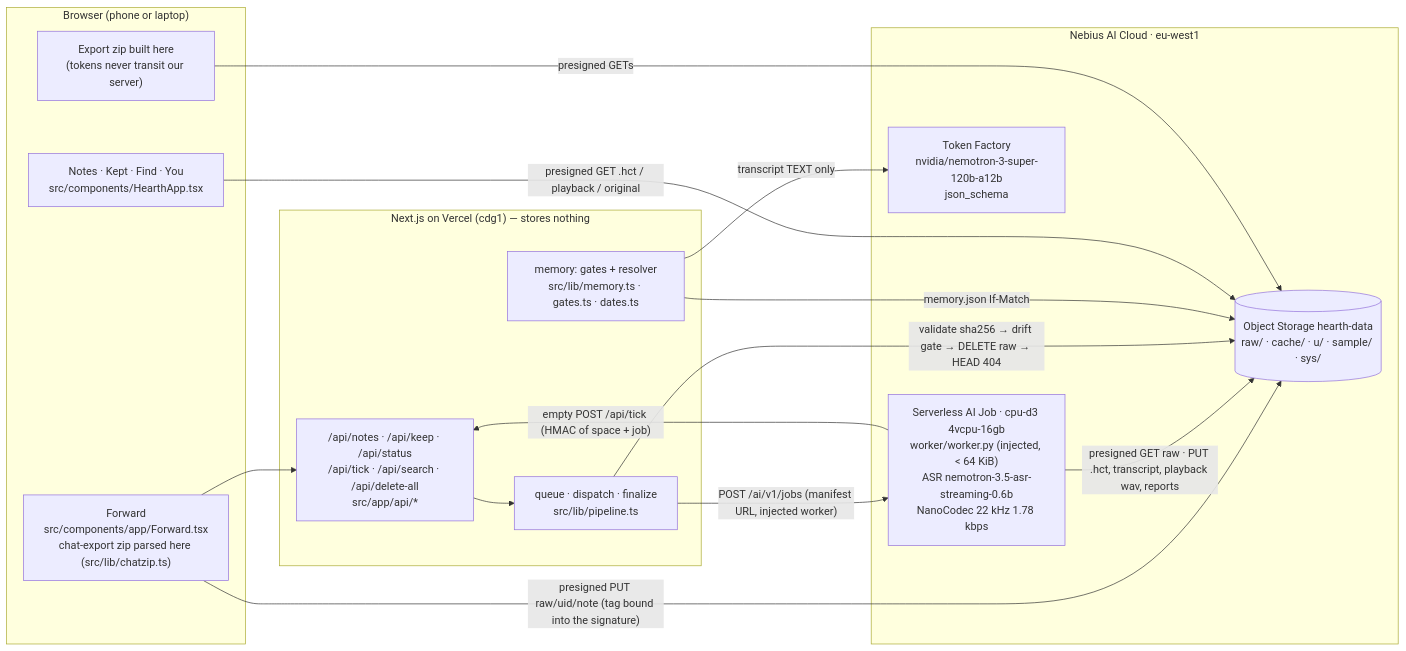
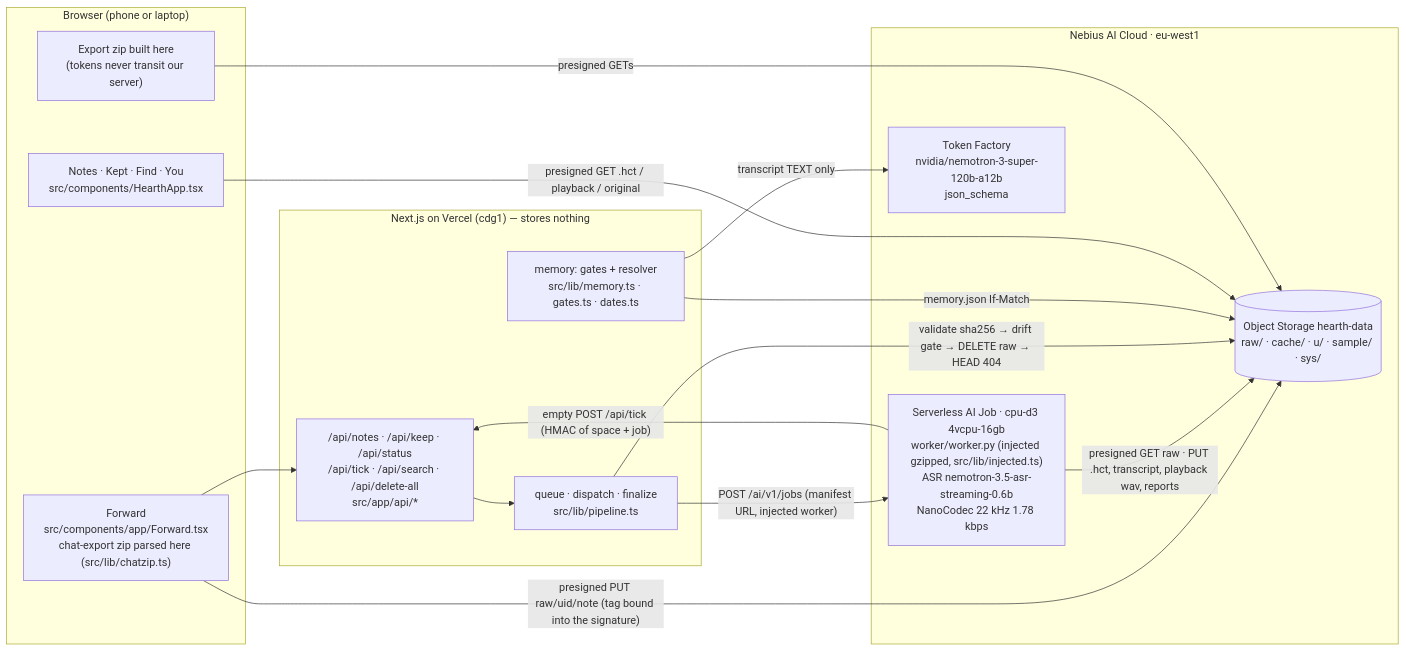
Before and after one commit to edycutjong/hearth: the first of 2 diagrams in ARCHITECTURE.md, drawn with Mermaid. The commit also changed other lines of this file, not shown here.

Commit message:
docs(architecture): the injected set, the prefetch, slot counting and the tick, as the code now does them

````diff
--- a/ARCHITECTURE.md
+++ b/ARCHITECTURE.md
@@ -9,28 +9,28 @@
 ```mermaid
 flowchart LR
     subgraph Browser["Browser (phone or laptop)"]
       F["Forward<br/>src/components/app/Forward.tsx<br/>chat-export zip parsed here (src/lib/chatzip.ts)"]
       N["Notes · Kept · Find · You<br/>src/components/HearthApp.tsx"]
       Z["Export zip built here<br/>(tokens never transit our server)"]
     end
     subgraph Vercel["Next.js on Vercel (cdg1) — stores nothing"]
       A["/api/notes · /api/keep · /api/status<br/>/api/tick · /api/search · /api/delete-all<br/>src/app/api/*"]
       P["queue · dispatch · finalize<br/>src/lib/pipeline.ts"]
       M["memory: gates + resolver<br/>src/lib/memory.ts · gates.ts · dates.ts"]
     end
     subgraph Nebius["Nebius AI Cloud · eu-west1"]
       OS[("Object Storage hearth-data<br/>raw/ · cache/ · u/ · sample/ · sys/")]
-      J["Serverless AI Job · cpu-d3 4vcpu-16gb<br/>worker/worker.py (injected, < 64 KiB)<br/>ASR nemotron-3.5-asr-streaming-0.6b<br/>NanoCodec 22 kHz 1.78 kbps"]
+      J["Serverless AI Job · cpu-d3 4vcpu-16gb<br/>worker/worker.py (injected gzipped, src/lib/injected.ts)<br/>ASR nemotron-3.5-asr-streaming-0.6b<br/>NanoCodec 22 kHz 1.78 kbps"]
       TF["Token Factory<br/>nvidia/nemotron-3-super-120b-a12b<br/>json_schema"]
     end
     F -- "presigned PUT raw/uid/note (tag bound into the signature)" --> OS
     F --> A --> P
     P -- "POST /ai/v1/jobs (manifest URL, injected worker)" --> J
     J -- "presigned GET raw · PUT .hct, transcript, playback wav, reports" --> OS
     J -- "empty POST /api/tick (HMAC of space + job)" --> A
     P -- "validate sha256 → drift gate → DELETE raw → HEAD 404" --> OS
     M -- "transcript TEXT only" --> TF
     M -- "memory.json If-Match" --> OS
     N -- "presigned GET .hct / playback / original" --> OS
     Z -- "presigned GETs" --> OS
 ```
````
